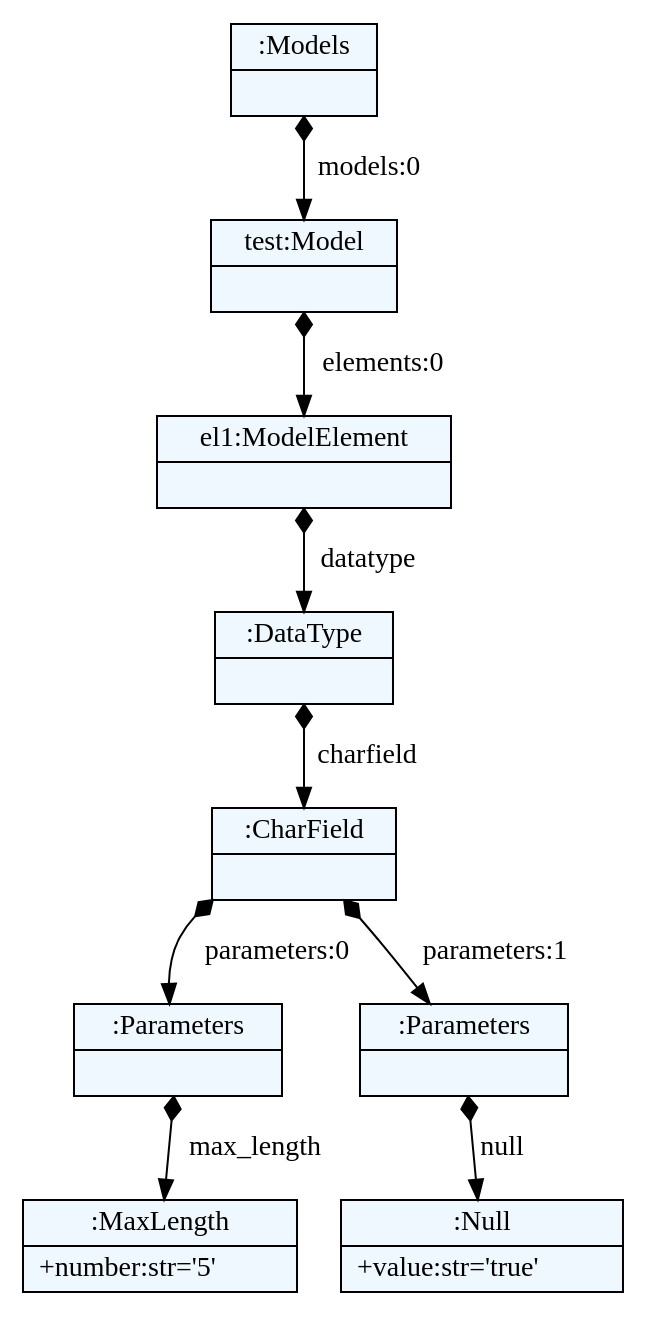
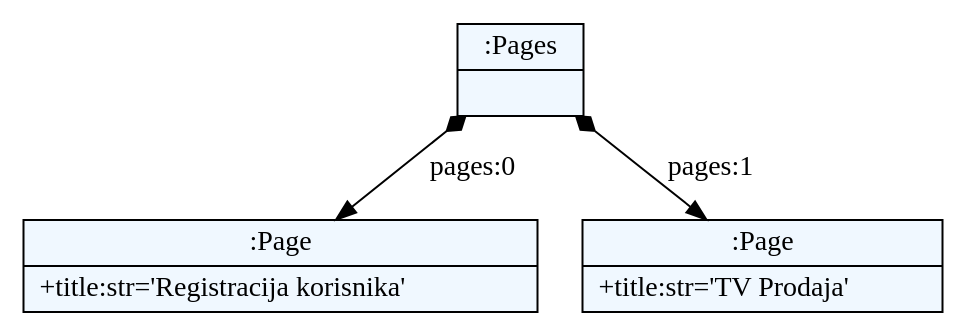
The diagram in JSD/test.dot (jovana992/jsd2017), drawn with Graphviz before and after one commit. The commit also changed 6 other files, not shown here.

```diff
--- a/JSD/test.dot
+++ b/JSD/test.dot
@@ -1,32 +1,20 @@
 
     digraph xtext {
     fontname = "Bitstream Vera Sans"
     fontsize = 8
     node[
         shape=record,
         style=filled,
         fillcolor=aliceblue
     ]
     nodesep = 0.3
     edge[dir=black,arrowtail=empty]
 
 
-2022439074336 -> 2022447938640 [label="models:0" arrowtail=diamond dir=both]
-2022447938640 -> 2022447974160 [label="elements:0" arrowtail=diamond dir=both]
-2022447974160 -> 2022447974440 [label="datatype" arrowtail=diamond dir=both]
-2022447974440 -> 2022447974664 [label="charfield" arrowtail=diamond dir=both]
-2022447974664 -> 2022447974888 [label="parameters:0" arrowtail=diamond dir=both]
-2022447974888 -> 2022447975000 [label="max_length" arrowtail=diamond dir=both]
-2022447975000[label="{:MaxLength|+number:str='5'\l}"]
-2022447974888[label="{:Parameters|}"]
-2022447974664 -> 2022447974944 [label="parameters:1" arrowtail=diamond dir=both]
-2022447974944 -> 2022447799544 [label="null" arrowtail=diamond dir=both]
-2022447799544[label="{:Null|+value:str='true'\l}"]
-2022447974944[label="{:Parameters|}"]
-2022447974664[label="{:CharField|}"]
-2022447974440[label="{:DataType|}"]
-2022447974160[label="{el1:ModelElement|}"]
-2022447938640[label="{test:Model|}"]
-2022439074336[label="{:Models|}"]
+1907502479736 -> 1907502498648 [label="pages:0" arrowtail=diamond dir=both]
+1907502498648[label="{:Page|+title:str='Registracija korisnika'\l}"]
+1907502479736 -> 1907502498704 [label="pages:1" arrowtail=diamond dir=both]
+1907502498704[label="{:Page|+title:str='TV Prodaja'\l}"]
+1907502479736[label="{:Pages|}"]
 
 }
```
